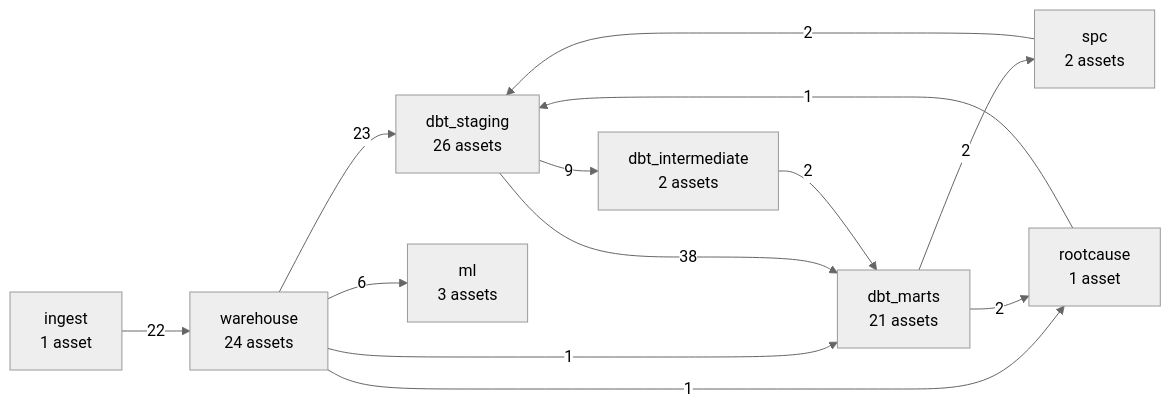
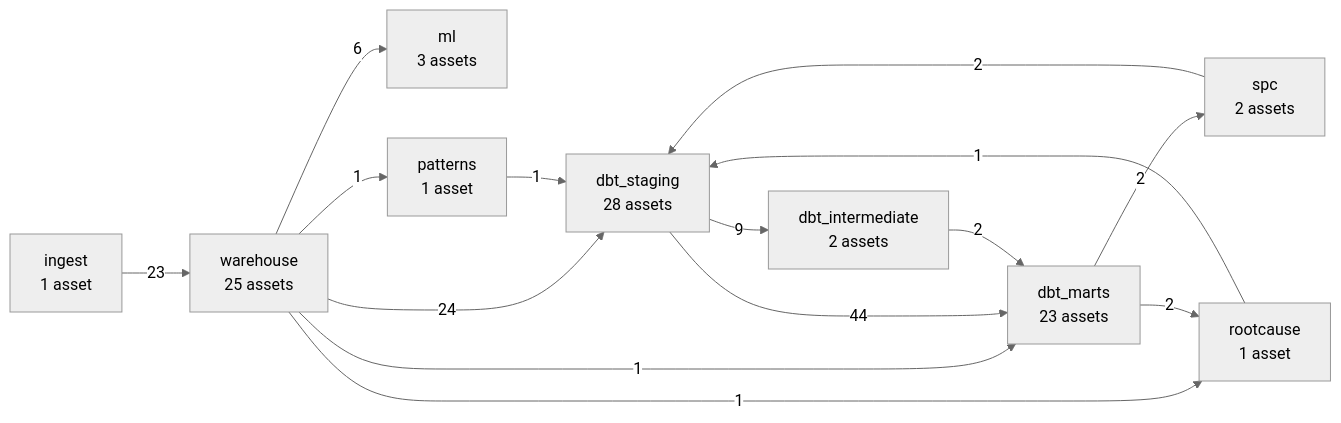
Before and after one commit to anson10/waferLens: the diagram in docs/pipeline.md, drawn with Mermaid (neutral theme). The commit also changed other lines of this file and 41 other files, not shown here.

````diff
--- a/docs/pipeline.md
+++ b/docs/pipeline.md
@@ -11,23 +11,26 @@
 ```mermaid
 flowchart LR
     ingest["ingest<br/>1 asset"]
-    warehouse["warehouse<br/>24 assets"]
-    dbt_staging["dbt_staging<br/>26 assets"]
+    warehouse["warehouse<br/>25 assets"]
+    dbt_staging["dbt_staging<br/>28 assets"]
     dbt_intermediate["dbt_intermediate<br/>2 assets"]
-    dbt_marts["dbt_marts<br/>21 assets"]
+    dbt_marts["dbt_marts<br/>23 assets"]
     spc["spc<br/>2 assets"]
     rootcause["rootcause<br/>1 asset"]
     ml["ml<br/>3 assets"]
-    ingest -->|22| warehouse
-    warehouse -->|23| dbt_staging
+    patterns["patterns<br/>1 asset"]
+    ingest -->|23| warehouse
+    warehouse -->|24| dbt_staging
     warehouse -->|1| dbt_marts
     warehouse -->|1| rootcause
     warehouse -->|6| ml
+    warehouse -->|1| patterns
     dbt_staging -->|9| dbt_intermediate
-    dbt_staging -->|38| dbt_marts
+    dbt_staging -->|44| dbt_marts
     dbt_intermediate -->|2| dbt_marts
     dbt_marts -->|2| spc
     dbt_marts -->|2| rootcause
     spc -->|2| dbt_staging
     rootcause -->|1| dbt_staging
+    patterns -->|1| dbt_staging
 ```
````
